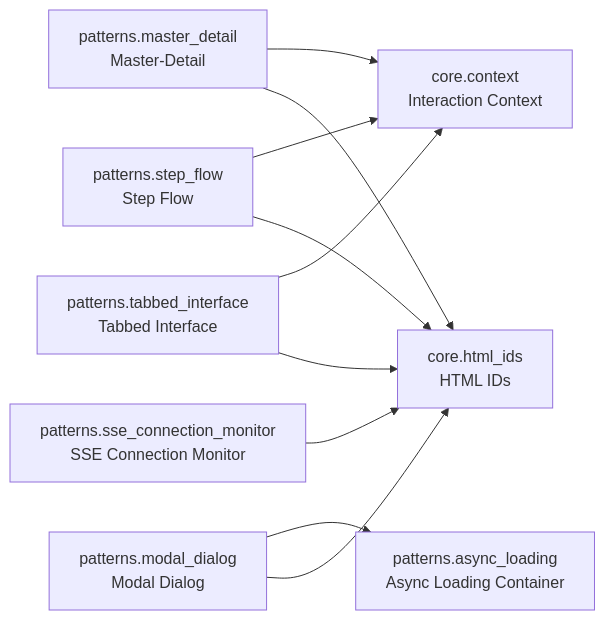
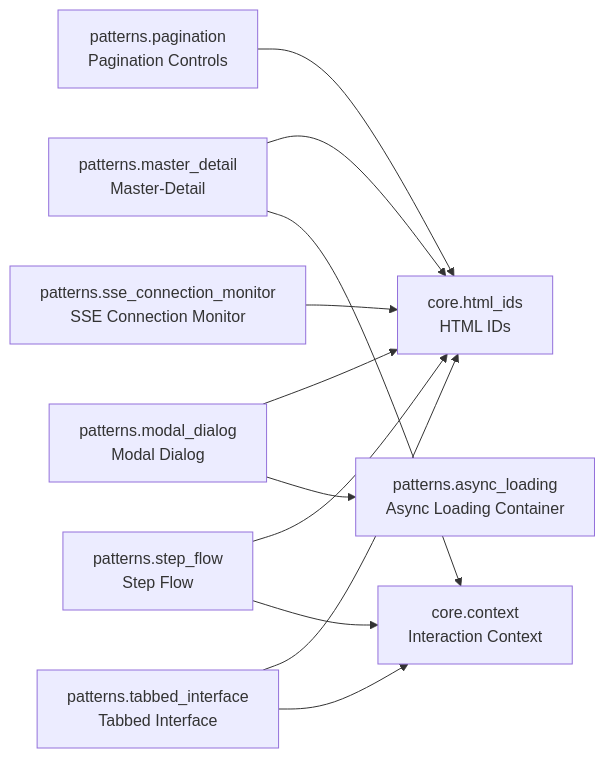
One commit to cj-mills/cjm-fasthtml-interactions changed the diagram in README.md. Above: the diagram before and after it, drawn with Mermaid. The commit also changed other lines of this file and 7 other files, not shown here.

````diff
--- a/README.md
+++ b/README.md
@@ -30,21 +31,23 @@
 ``` mermaid
 graph LR
     core_context[core.context<br/>Interaction Context]
     core_html_ids[core.html_ids<br/>HTML IDs]
     patterns_async_loading[patterns.async_loading<br/>Async Loading Container]
     patterns_master_detail[patterns.master_detail<br/>Master-Detail]
     patterns_modal_dialog[patterns.modal_dialog<br/>Modal Dialog]
+    patterns_pagination[patterns.pagination<br/>Pagination Controls]
     patterns_sse_connection_monitor[patterns.sse_connection_monitor<br/>SSE Connection Monitor]
     patterns_step_flow[patterns.step_flow<br/>Step Flow]
     patterns_tabbed_interface[patterns.tabbed_interface<br/>Tabbed Interface]
 
+    patterns_master_detail --> core_html_ids
     patterns_master_detail --> core_context
-    patterns_master_detail --> core_html_ids
+    patterns_modal_dialog --> core_html_ids
     patterns_modal_dialog --> patterns_async_loading
-    patterns_modal_dialog --> core_html_ids
+    patterns_pagination --> core_html_ids
     patterns_sse_connection_monitor --> core_html_ids
+    patterns_step_flow --> core_html_ids
     patterns_step_flow --> core_context
-    patterns_step_flow --> core_html_ids
+    patterns_tabbed_interface --> core_html_ids
     patterns_tabbed_interface --> core_context
-    patterns_tabbed_interface --> core_html_ids
 ```
````
